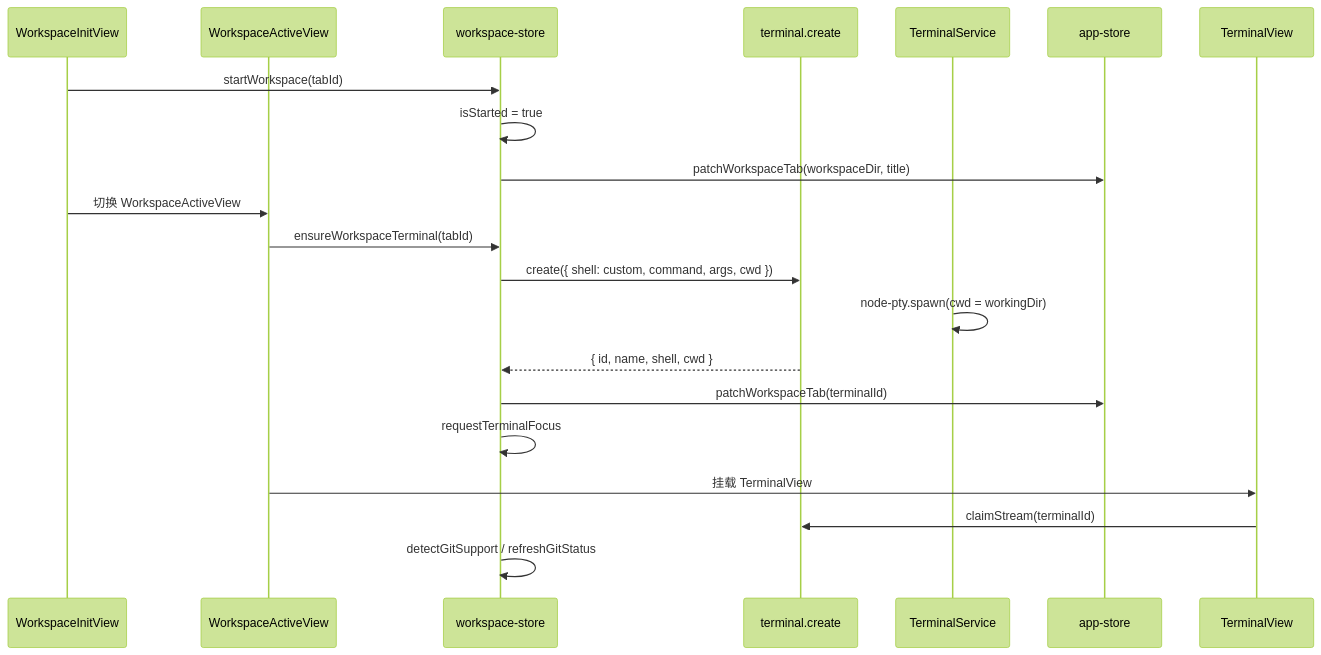
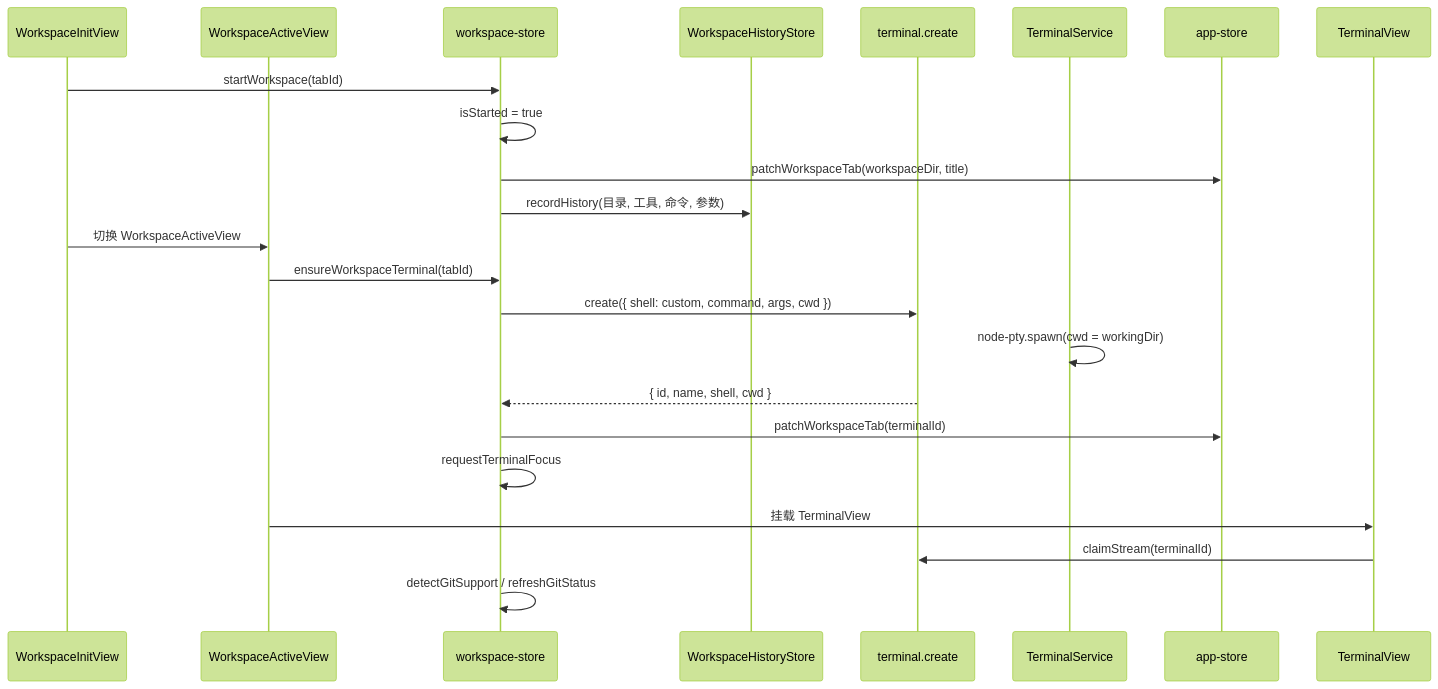
One commit to Landers1037/NioZy changed the third of 4 diagrams in docs/功能工作区.md. Above: the diagram before and after it, drawn with Mermaid (forest theme). The commit also changed other lines of this file and 12 other files, not shown here.

````diff
--- a/docs/功能工作区.md
+++ b/docs/功能工作区.md
@@ -87,25 +95,27 @@
 ```mermaid
 sequenceDiagram
   participant Init as WorkspaceInitView
   participant Active as WorkspaceActiveView
   participant Ws as workspace-store
+  participant Hist as WorkspaceHistoryStore
   participant API as terminal.create
   participant Main as TerminalService
   participant App as app-store
   participant Term as TerminalView
 
   Init->>Ws: startWorkspace(tabId)
   Ws->>Ws: isStarted = true
   Ws->>App: patchWorkspaceTab(workspaceDir, title)
+  Ws->>Hist: recordHistory(目录, 工具, 命令, 参数)
   Init->>Active: 切换 WorkspaceActiveView
 
   Active->>Ws: ensureWorkspaceTerminal(tabId)
   Ws->>API: create({ shell: custom, command, args, cwd })
   Main->>Main: node-pty.spawn(cwd = workingDir)
   API-->>Ws: { id, name, shell, cwd }
   Ws->>App: patchWorkspaceTab(terminalId)
   Ws->>Ws: requestTerminalFocus
   Active->>Term: 挂载 TerminalView
   Term->>API: claimStream(terminalId)
   Ws->>Ws: detectGitSupport / refreshGitStatus
 ```
````
